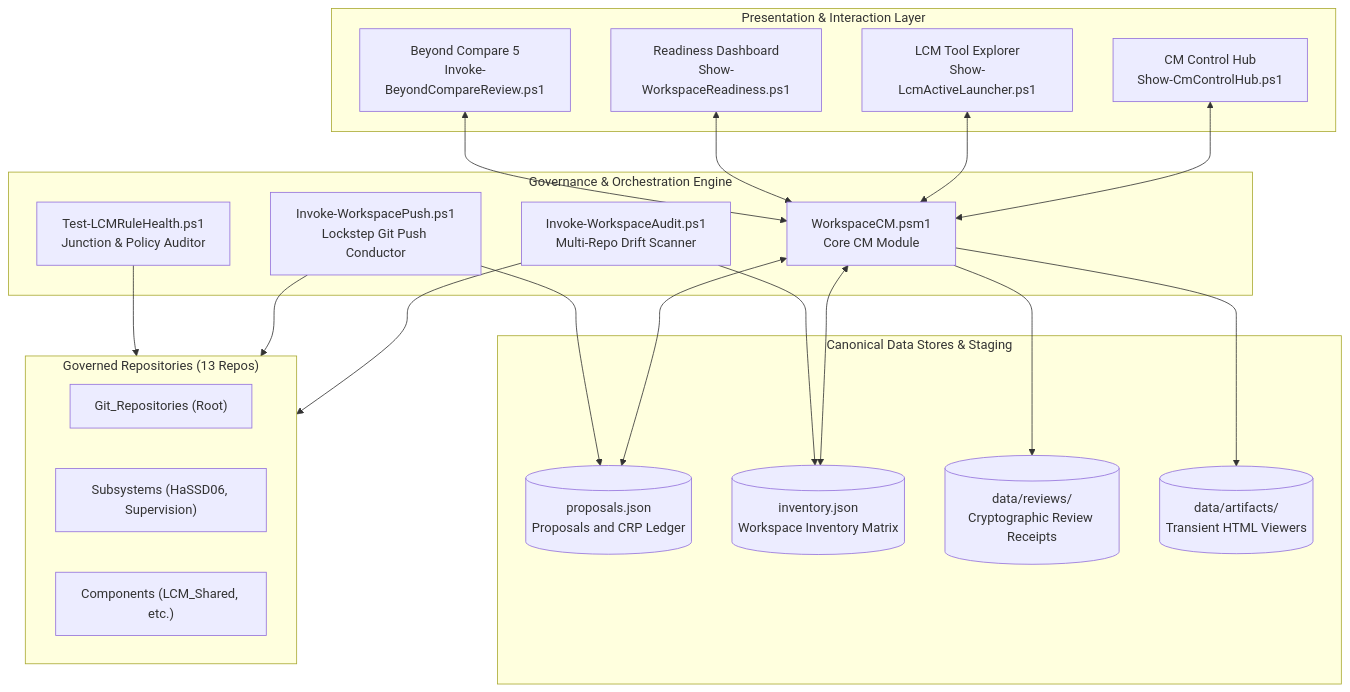
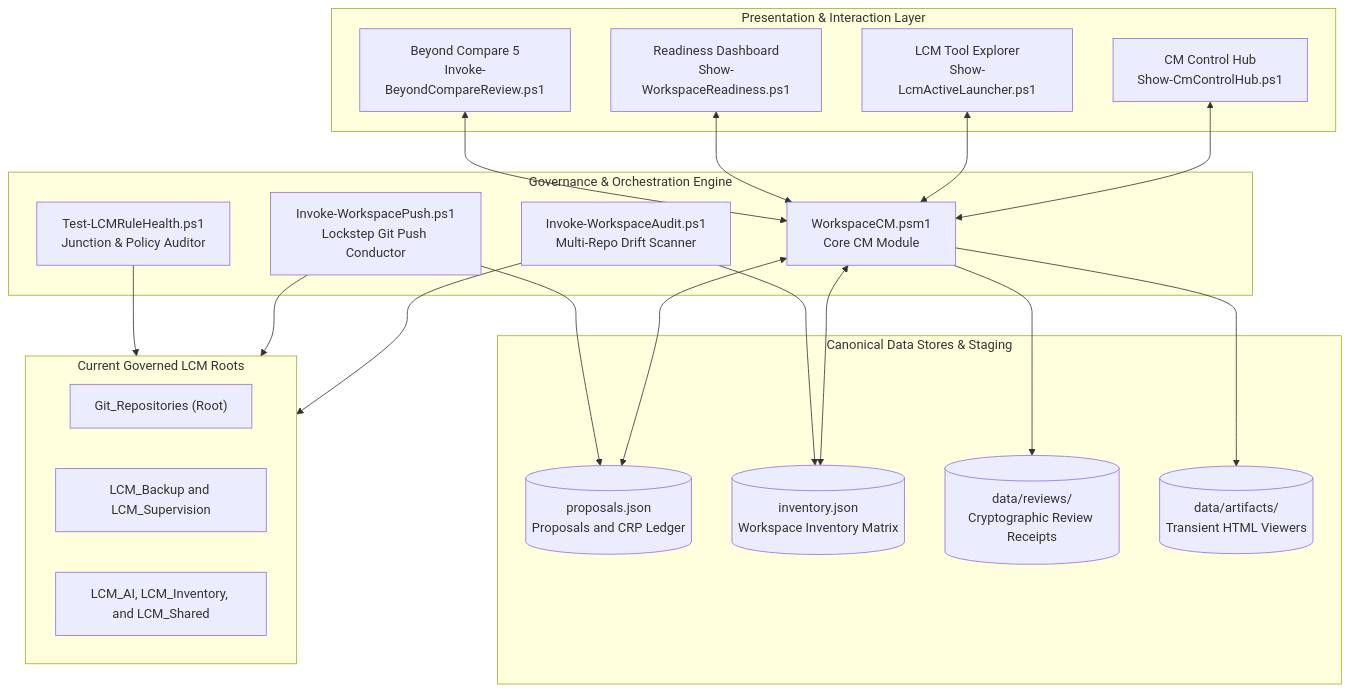
Before and after one commit to rgbigel/LCM_Inventory: the first of 4 diagrams in docs/Architecture.md, drawn with Mermaid. The commit also changed other lines of this file and 36 other files, not shown here.

````diff
--- a/docs/Architecture.md
+++ b/docs/Architecture.md
@@ -22,46 +22,46 @@
 ```mermaid
 graph TB
     subgraph UI_Layer["Presentation & Interaction Layer"]
         CM_HUB["CM Control Hub<br/>Show-CmControlHub.ps1"]
         TOOL_EXP["LCM Tool Explorer<br/>Show-LcmActiveLauncher.ps1"]
         READINESS_UI["Readiness Dashboard<br/>Show-WorkspaceReadiness.ps1"]
         BC_GATE["Beyond Compare 5<br/>Invoke-BeyondCompareReview.ps1"]
     end
 
     subgraph Control_Layer["Governance & Orchestration Engine"]
         CM_MOD["WorkspaceCM.psm1<br/>Core CM Module"]
         AUDIT_ENG["Invoke-WorkspaceAudit.ps1<br/>Multi-Repo Drift Scanner"]
         PUSH_ENG["Invoke-WorkspacePush.ps1<br/>Lockstep Git Push Conductor"]
         HEALTH_ENG["Test-LCMRuleHealth.ps1<br/>Junction & Policy Auditor"]
     end
 
     subgraph Persistence_Layer["Canonical Data Stores & Staging"]
         PROP_LEDGER[("proposals.json<br/>Proposals and CRP Ledger")]
         INV_LEDGER[("inventory.json<br/>Workspace Inventory Matrix")]
         REV_RECEIPTS[("data/reviews/<br/>Cryptographic Review Receipts")]
         ARTIFACTS[("data/artifacts/<br/>Transient HTML Viewers")]
     end
 
-    subgraph Governed_Space["Governed Repositories (13 Repos)"]
+    subgraph Governed_Space["Current Governed LCM Roots"]
         REPO_ROOT["Git_Repositories (Root)"]
-        REPO_SUBS["Subsystems (HaSSD06, Supervision)"]
-        REPO_COMPS["Components (LCM_Shared, etc.)"]
+        REPO_SUBS["LCM_Backup and LCM_Supervision"]
+        REPO_COMPS["LCM_AI, LCM_Inventory, and LCM_Shared"]
     end
 
     CM_HUB <--> CM_MOD
     TOOL_EXP <--> CM_MOD
     READINESS_UI <--> CM_MOD
     BC_GATE <--> CM_MOD
 
     CM_MOD <--> PROP_LEDGER
     CM_MOD <--> INV_LEDGER
     CM_MOD --> REV_RECEIPTS
     CM_MOD --> ARTIFACTS
 
     AUDIT_ENG --> INV_LEDGER
     AUDIT_ENG --> Governed_Space
     PUSH_ENG --> PROP_LEDGER
     PUSH_ENG --> Governed_Space
     HEALTH_ENG --> Governed_Space
 
 ```
````
